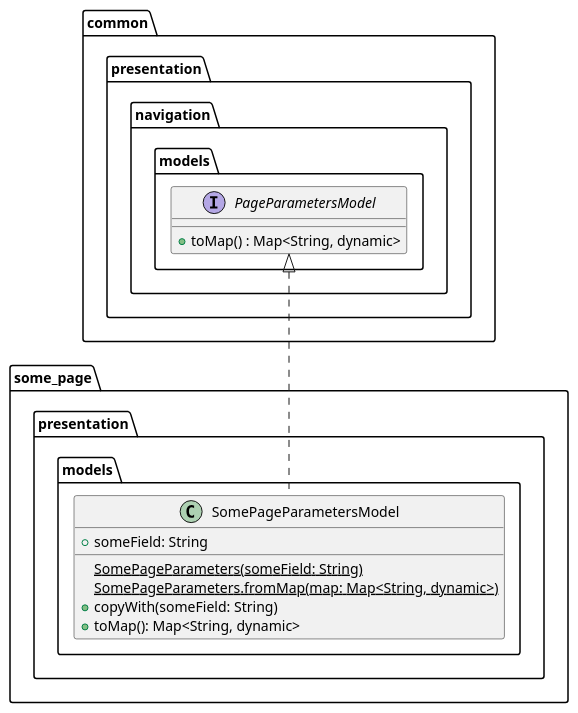
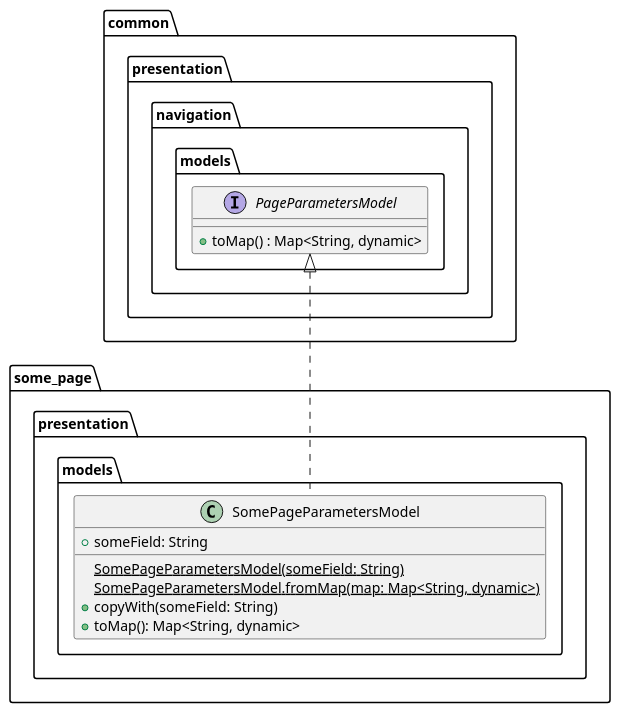
The diagram in metrics/web/docs/features/deep_links/diagrams/page_parameters_model_class_diagram.puml (Flank/flank-dashboard), drawn with PlantUML before and after one commit. The commit also changed 1 other file, not shown here.

```diff
--- a/metrics/web/docs/features/deep_links/diagrams/page_parameters_model_class_diagram.puml
+++ b/metrics/web/docs/features/deep_links/diagrams/page_parameters_model_class_diagram.puml
@@ -1,22 +1,22 @@
 @startuml page_parameters_model_class_diagram
 
 package common.presentation.navigation.models {
     interface PageParametersModel {
         + toMap() : Map<String, dynamic>
     }
 }
 
 package some_page.presentation.models {
     class SomePageParametersModel {
         + someField: String
 
-        {static} SomePageParameters(someField: String)
-        {static} SomePageParameters.fromMap(map: Map<String, dynamic>)
+        {static} SomePageParametersModel(someField: String)
+        {static} SomePageParametersModel.fromMap(map: Map<String, dynamic>)
         + copyWith(someField: String)
         + toMap(): Map<String, dynamic>
     }
 }
 
 SomePageParametersModel .up.|> PageParametersModel
 
 @enduml
```
